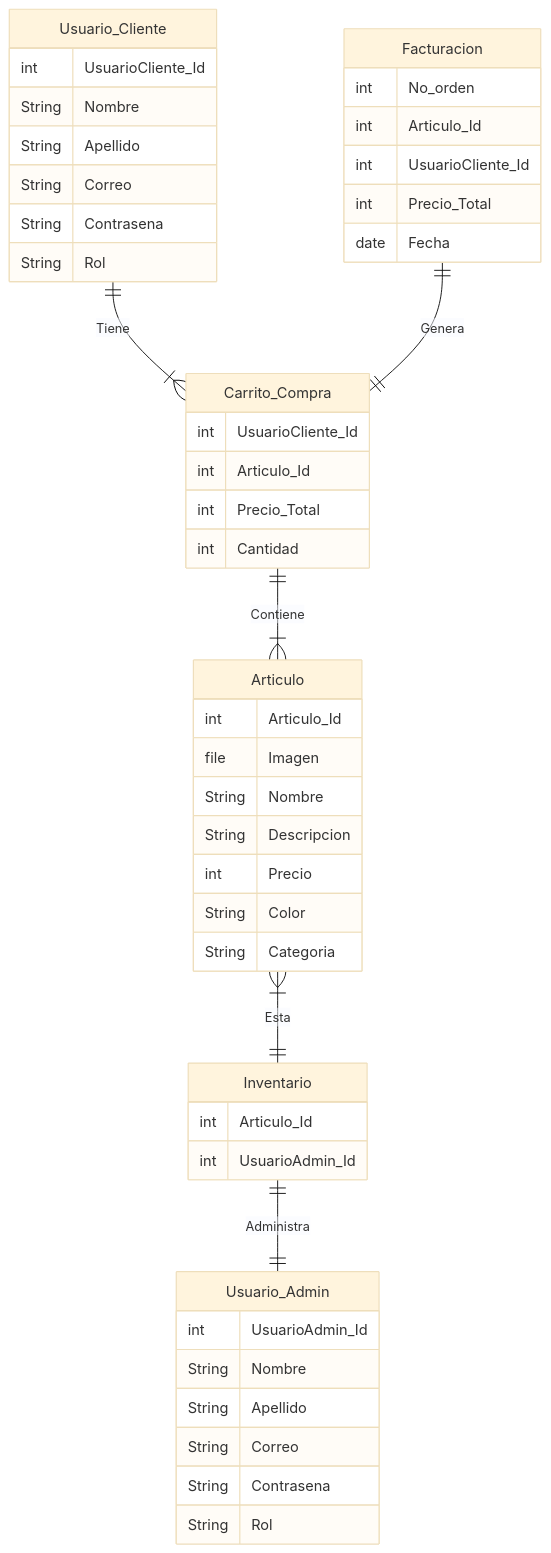
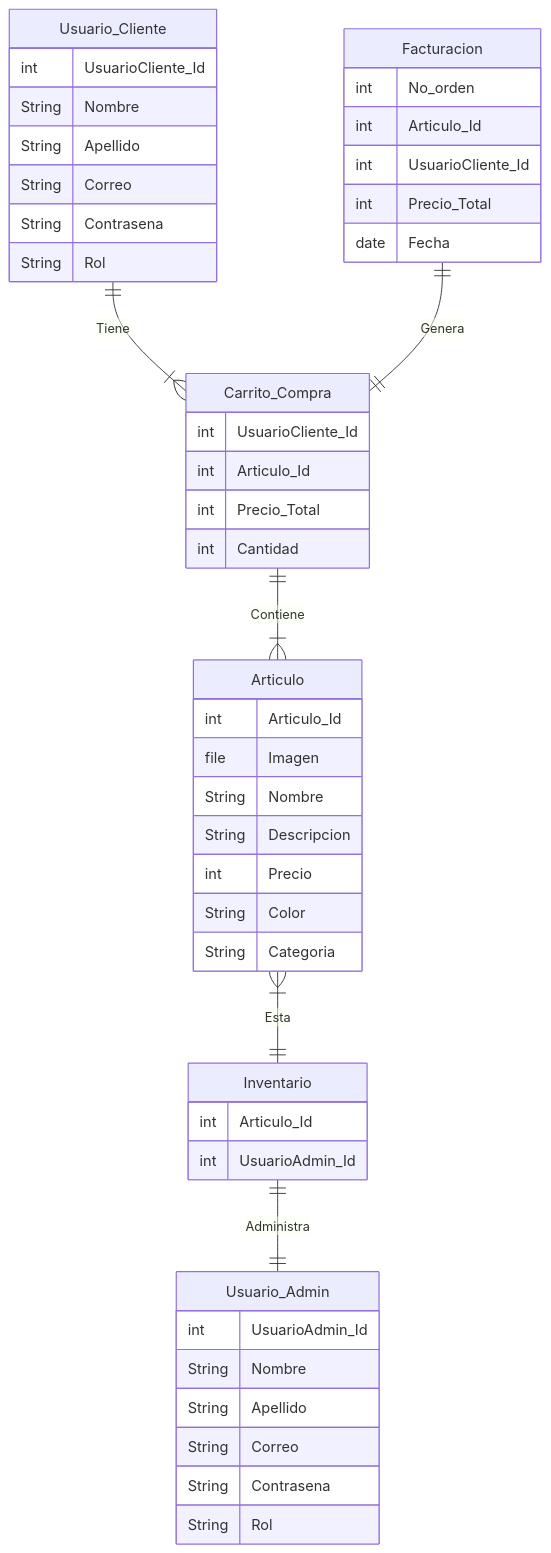
The second of 2 diagrams in README.md (ingcdsantamaria/Degorra), drawn with Mermaid before and after one commit.

Commit message:
Diagrama de Entidad de relacion 16.0

````diff
--- a/README.md
+++ b/README.md
@@ -29,52 +29,52 @@
 ```mermaid
-%%{init: {'darkMode': 'True', 'theme':'base'}}%%
+%%{init: {'darkMode': 'True'}}%%
 
 erDiagram
     Usuario_Cliente ||--|{ Carrito_Compra : Tiene
     Usuario_Cliente{
       int UsuarioCliente_Id
       String Nombre
       String Apellido
       String Correo
       String Contrasena
       String Rol
     }
     Carrito_Compra ||--|{Articulo : Contiene
     Carrito_Compra{
         int UsuarioCliente_Id
         int Articulo_Id
         int Precio_Total
         int Cantidad
     }
     Articulo }|--||Inventario : Esta
     Articulo{
       int Articulo_Id
       file Imagen
       String Nombre
       String Descripcion
       int Precio
       String Color
       String Categoria
     }
     Inventario ||--|| Usuario_Admin : Administra
     Inventario{
       int Articulo_Id
       int UsuarioAdmin_Id
     }
     Usuario_Admin{
       int UsuarioAdmin_Id
       String Nombre
       String Apellido
       String Correo
       String Contrasena
       String Rol
     }
     Facturacion ||--||Carrito_Compra : Genera
     Facturacion{
       int No_orden
       int Articulo_Id
       int UsuarioCliente_Id
       int Precio_Total
       date Fecha
     }
 ```
````
